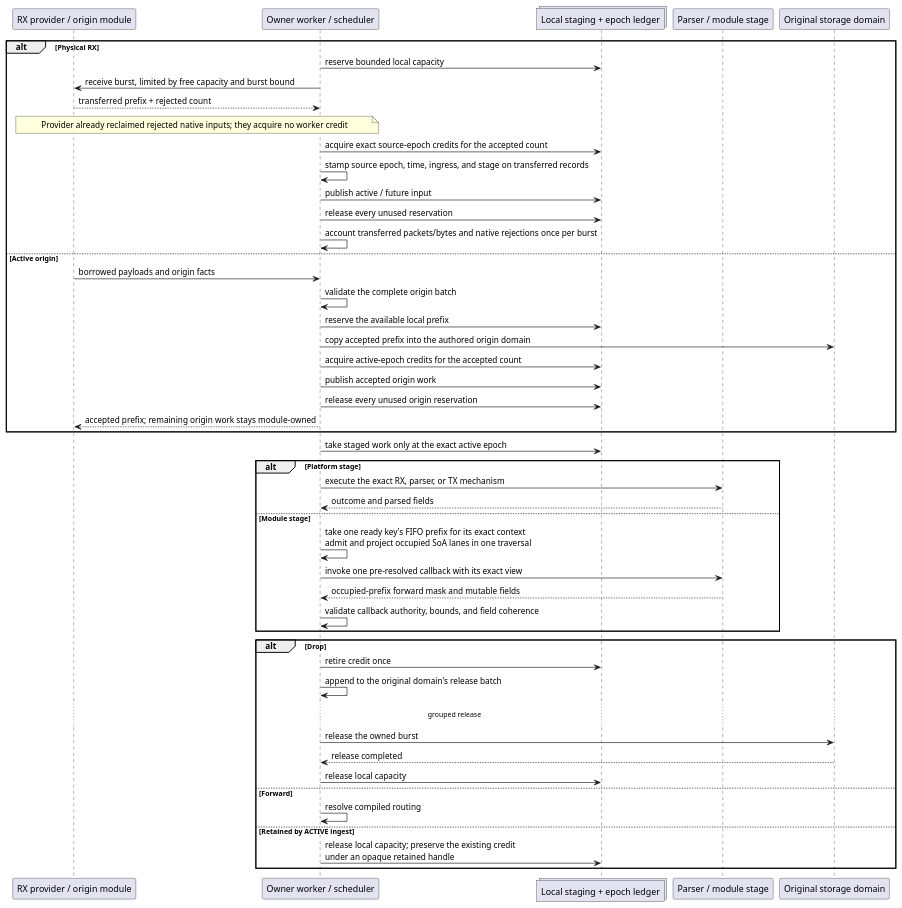
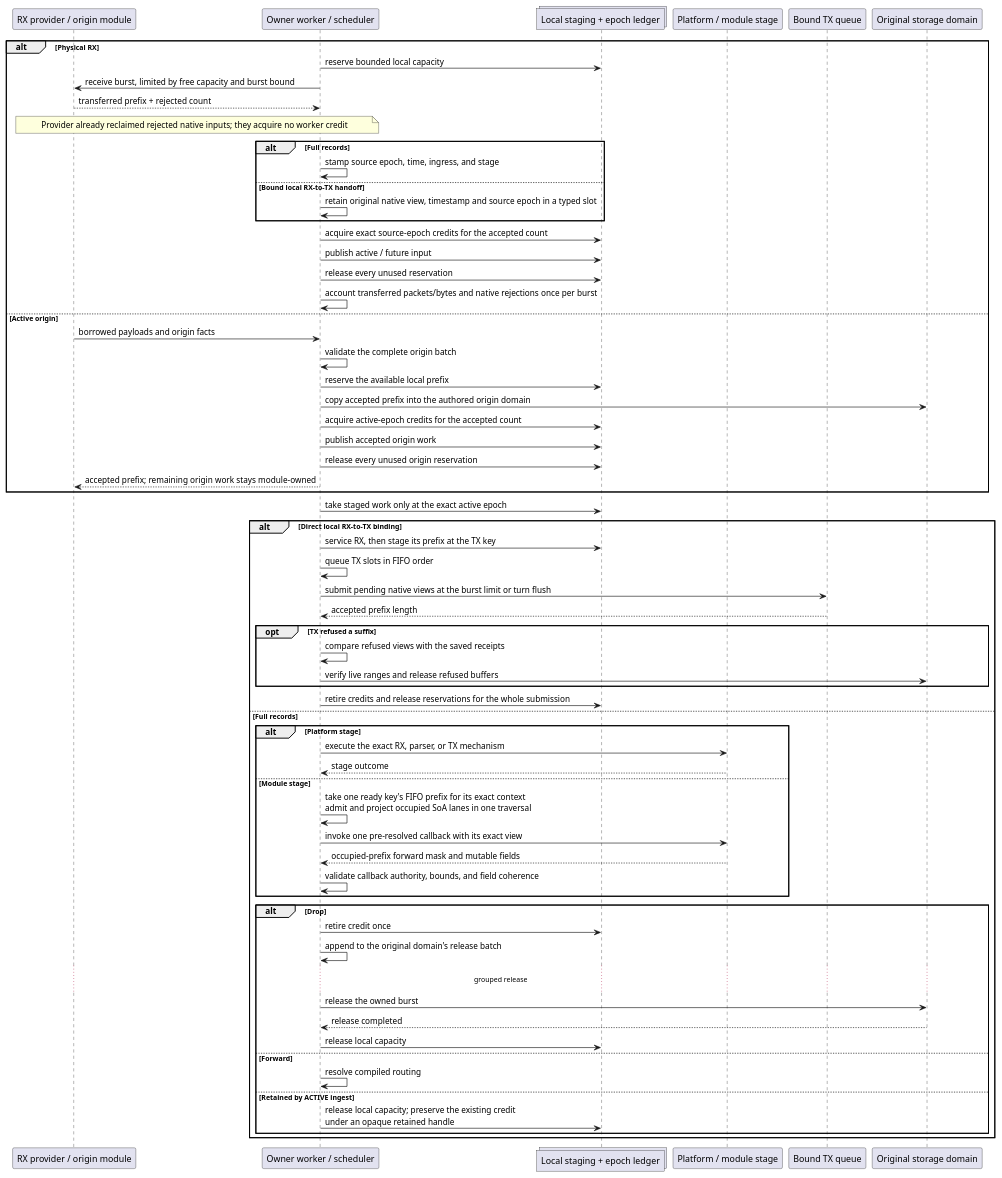
Before and after one commit to flemingpatel/kinetum: diagram 25 of 30 in docs/diagrams/platform_architecture.md, drawn with PlantUML. The commit also changed other lines of this file and 48 other files, not shown here.

Commit message:
profiling6: validate minimum-frame PCI passthrough and parser-qos

````diff
--- a/docs/diagrams/platform_architecture.md
+++ b/docs/diagrams/platform_architecture.md
@@ -2130,52 +2130,69 @@
 ```{uml}
 @startuml
 participant "RX provider / origin module" as P
 participant "Owner worker / scheduler" as W
 collections "Local staging + epoch ledger" as L
-participant "Parser / module stage" as M
+participant "Platform / module stage" as M
+participant "Bound TX queue" as TX
 participant "Original storage domain" as S
 
 alt Physical RX
     W->L: reserve bounded local capacity
     W->P: receive burst, limited by free capacity and burst bound
     P-->W: transferred prefix + rejected count
     note over P,W: Provider already reclaimed rejected native inputs; they acquire no worker credit
+    alt Full records
+        W->W: stamp source epoch, time, ingress, and stage
+    else Bound local RX-to-TX handoff
+        W->W: retain original native view, timestamp and source epoch in a typed slot
+    end
     W->L: acquire exact source-epoch credits for the accepted count
-    W->W: stamp source epoch, time, ingress, and stage on transferred records
     W->L: publish active / future input
     W->L: release every unused reservation
     W->W: account transferred packets/bytes and native rejections once per burst
 else Active origin
     P->W: borrowed payloads and origin facts
     W->W: validate the complete origin batch
     W->L: reserve the available local prefix
     W->S: copy accepted prefix into the authored origin domain
     W->L: acquire active-epoch credits for the accepted count
     W->L: publish accepted origin work
     W->L: release every unused origin reservation
     W-->P: accepted prefix; remaining origin work stays module-owned
 end
 W->L: take staged work only at the exact active epoch
-alt Platform stage
-    W->M: execute the exact RX, parser, or TX mechanism
-    M-->W: outcome and parsed fields
-else Module stage
-    W->W: take one ready key's FIFO prefix for its exact context\nadmit and project occupied SoA lanes in one traversal
-    W->M: invoke one pre-resolved callback with its exact view
-    M-->W: occupied-prefix forward mask and mutable fields
-    W->W: validate callback authority, bounds, and field coherence
-end
-alt Drop
-    W->L: retire credit once
-    W->W: append to the original domain's release batch
-    ... grouped release ...
-    W->S: release the owned burst
-    S-->W: release completed
-    W->L: release local capacity
-else Forward
-    W->W: resolve compiled routing
-else Retained by ACTIVE ingest
-    W->L: release local capacity; preserve the existing credit\nunder an opaque retained handle
+alt Direct local RX-to-TX binding
+    W->L: service RX, then stage its prefix at the TX key
+    W->W: queue TX slots in FIFO order
+    W->TX: submit pending native views at the burst limit or turn flush
+    TX-->W: accepted prefix length
+    opt TX refused a suffix
+        W->W: compare refused views with the saved receipts
+        W->S: verify live ranges and release refused buffers
+    end
+    W->L: retire credits and release reservations for the whole submission
+else Full records
+    alt Platform stage
+        W->M: execute the exact RX, parser, or TX mechanism
+        M-->W: stage outcome
+    else Module stage
+        W->W: take one ready key's FIFO prefix for its exact context\nadmit and project occupied SoA lanes in one traversal
+        W->M: invoke one pre-resolved callback with its exact view
+        M-->W: occupied-prefix forward mask and mutable fields
+        W->W: validate callback authority, bounds, and field coherence
+    end
+    alt Drop
+        W->L: retire credit once
+        W->W: append to the original domain's release batch
+        ... grouped release ...
+        W->S: release the owned burst
+        S-->W: release completed
+        W->L: release local capacity
+    else Forward
+        W->W: resolve compiled routing
+    else Retained by ACTIVE ingest
+        W->L: release local capacity; preserve the existing credit\nunder an opaque retained handle
+    end
 end
 @enduml
 ```
````
